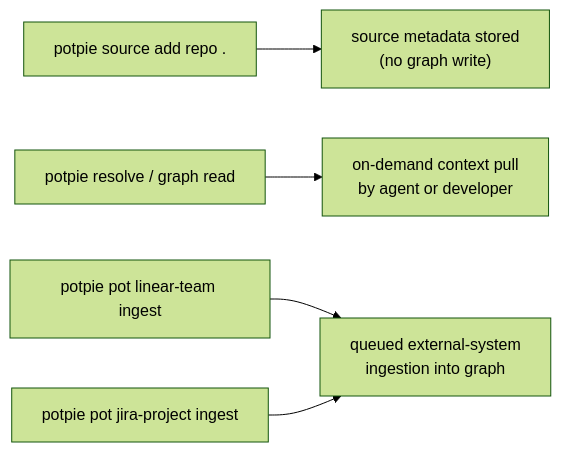
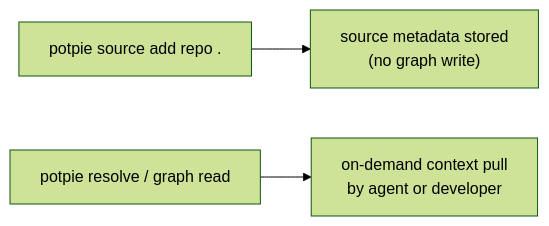
Before and after one commit to potpie-ai/mintlify-docs: the diagram in api-reference/cli/pots-and-sources.mdx, drawn with Mermaid (forest theme). The commit also changed other lines of this file and 4 other files, not shown here.

````diff
--- a/api-reference/cli/pots-and-sources.mdx
+++ b/api-reference/cli/pots-and-sources.mdx
@@ -85,15 +85,10 @@
 ```mermaid
 flowchart LR
   sourceAdd["potpie source add repo ."]
   resolveCmd["potpie resolve / graph read"]
-  linearIngest["potpie pot linear-team ingest"]
-  jiraIngest["potpie pot jira-project ingest"]
   metadata["source metadata stored\n(no graph write)"]
   onDemand["on-demand context pull\nby agent or developer"]
-  queuedExternal["queued external-system\ningestion into graph"]
 
   sourceAdd --> metadata
   resolveCmd --> onDemand
-  linearIngest --> queuedExternal
-  jiraIngest --> queuedExternal
 ```
````
